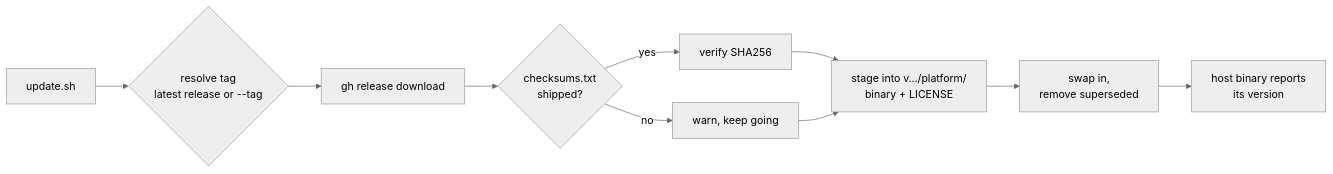
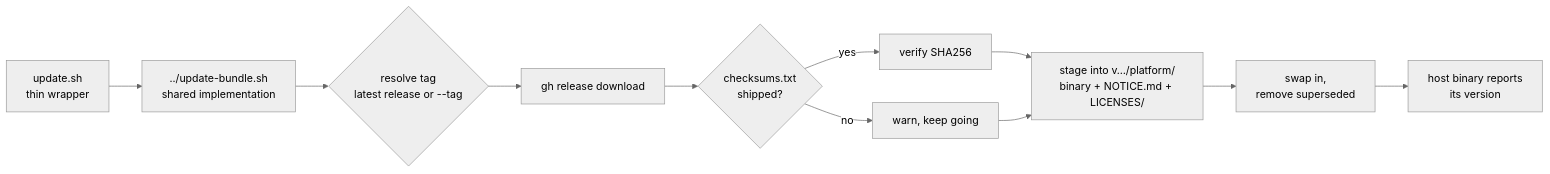
Before and after one commit to fordaj/logamuffin: the diagram in tools/formattington-lite/update.sh.md, drawn with Mermaid (neutral theme). The commit also changed other lines of this file and 30 other files, not shown here.

````diff
--- a/tools/formattington-lite/update.sh.md
+++ b/tools/formattington-lite/update.sh.md
@@ -3,12 +3,14 @@
 ```mermaid
 flowchart LR
-    Up[update.sh] --> Tag{resolve tag<br/>latest release or --tag}
+    Up[update.sh<br/>thin wrapper] --> Core["../update-bundle.sh<br/>shared implementation"]
+    Core --> Tag{resolve tag<br/>latest release or --tag}
     Tag --> DL["gh release download"]
     DL --> Sum{checksums.txt<br/>shipped?}
     Sum -->|yes| Verify["verify SHA256"]
     Sum -->|no| Warn["warn, keep going"]
-    Verify --> Stage["stage into v…/platform/<br/>binary + LICENSE"]
+    Verify --> Stage["stage into v…/platform/<br/>binary + NOTICE.md + LICENSES/"]
     Warn --> Stage
     Stage --> Swap["swap in,<br/>remove superseded"]
     Swap --> Smoke["host binary reports<br/>its version"]
+    click Core href "../update-bundle.sh.md"
 ```
````
